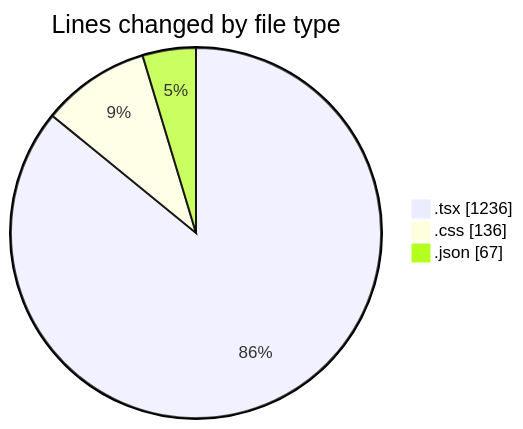
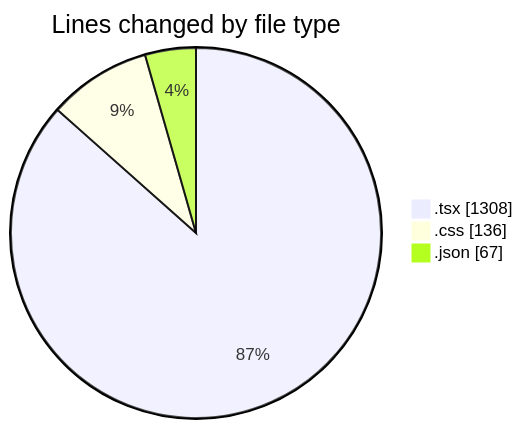
One commit to robertbonfada/code-tracking changed the first of 2 diagrams in 2025-01-08/mbc-web/README.md. Above: the diagram before and after it, drawn with Mermaid. The commit also changed other lines of this file and 1 other file, not shown here.

````diff
--- a/2025-01-08/mbc-web/README.md
+++ b/2025-01-08/mbc-web/README.md
@@ -33,7 +34,7 @@
 ```mermaid
 pie showData
 title Lines changed by file type
-".tsx" : 1236
+".tsx" : 1308
 ".css" : 136
 ".json" : 67
 ```
````
